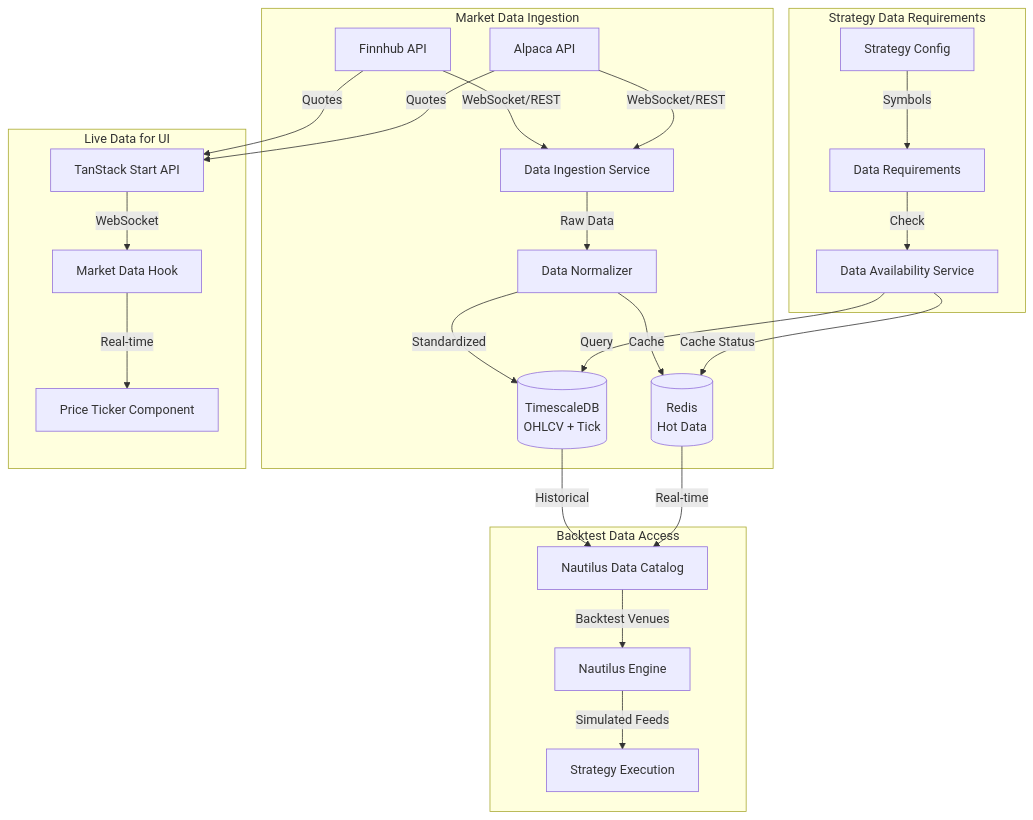
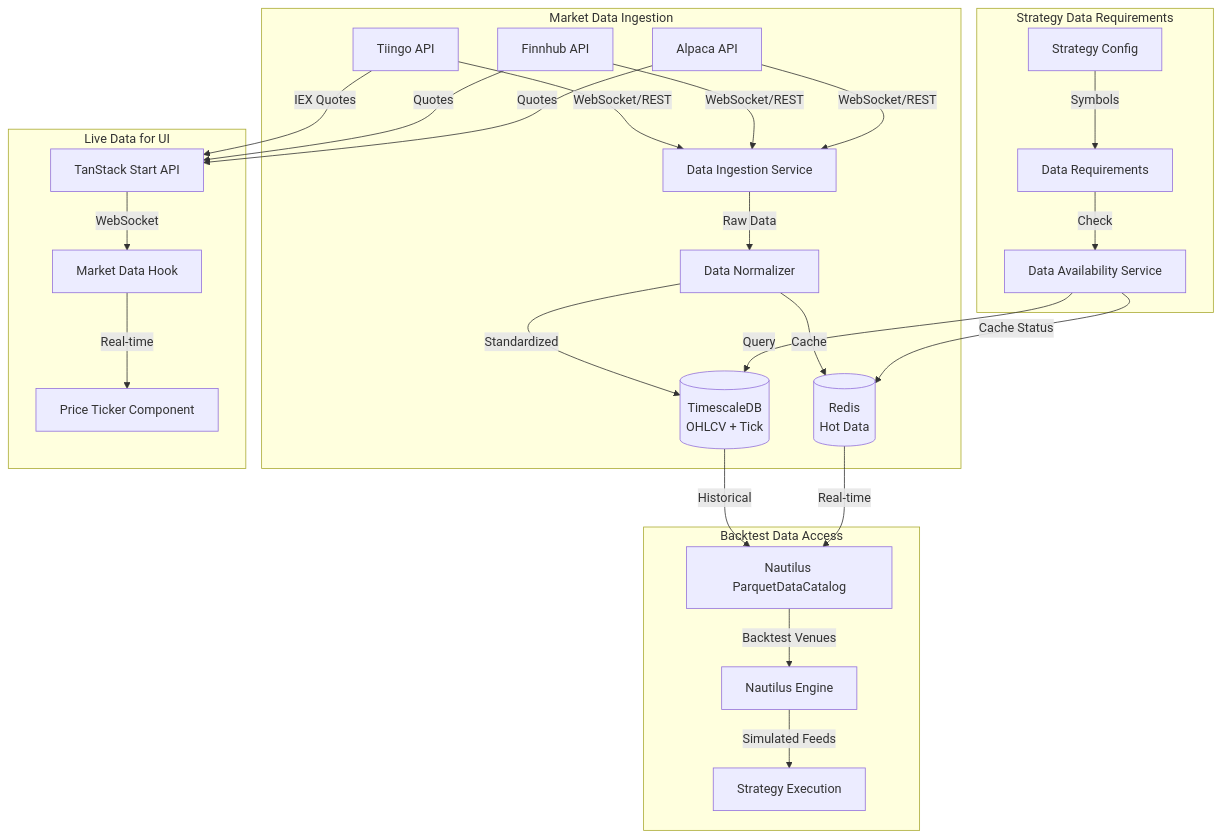
The fifth of 8 diagrams in system_design.md (huydhoang/quantlens-docs), drawn with Mermaid before and after one commit. The commit also changed other lines of this file and 3 other files, not shown here.

````diff
--- a/system_design.md
+++ b/system_design.md
@@ -182,33 +183,35 @@
 ```mermaid
 graph TB
     subgraph "Market Data Ingestion"
-        F[Finnhub API] -->|WebSocket/REST| C[Data Ingestion Service]
+        T[Tiingo API] -->|WebSocket/REST| C[Data Ingestion Service]
+        F[Finnhub API] -->|WebSocket/REST| C
         A[Alpaca API] -->|WebSocket/REST| C
         
         C -->|Raw Data| D[Data Normalizer]
         D -->|Standardized| E[(TimescaleDB<br/>OHLCV + Tick)]
         D -->|Cache| R[(Redis<br/>Hot Data)]
     end
     
     subgraph "Backtest Data Access"
-        E -->|Historical| G[Nautilus Data Catalog]
+        E -->|Historical| G[Nautilus ParquetDataCatalog]
         R -->|Real-time| G
         
         G -->|Backtest Venues| H[Nautilus Engine]
         H -->|Simulated Feeds| I[Strategy Execution]
     end
     
     subgraph "Live Data for UI"
-        F -->|Quotes| J[TanStack Start API]
+        T -->|IEX Quotes| J[TanStack Start API]
+        F -->|Quotes| J
         A -->|Quotes| J
         J -->|WebSocket| K[Market Data Hook]
         K -->|Real-time| L[Price Ticker Component]
     end
     
     subgraph "Strategy Data Requirements"
         M[Strategy Config] -->|Symbols| N[Data Requirements]
         N -->|Check| O[Data Availability Service]
         O -->|Query| E
         O -->|Cache Status| R
     end
 ```
````
